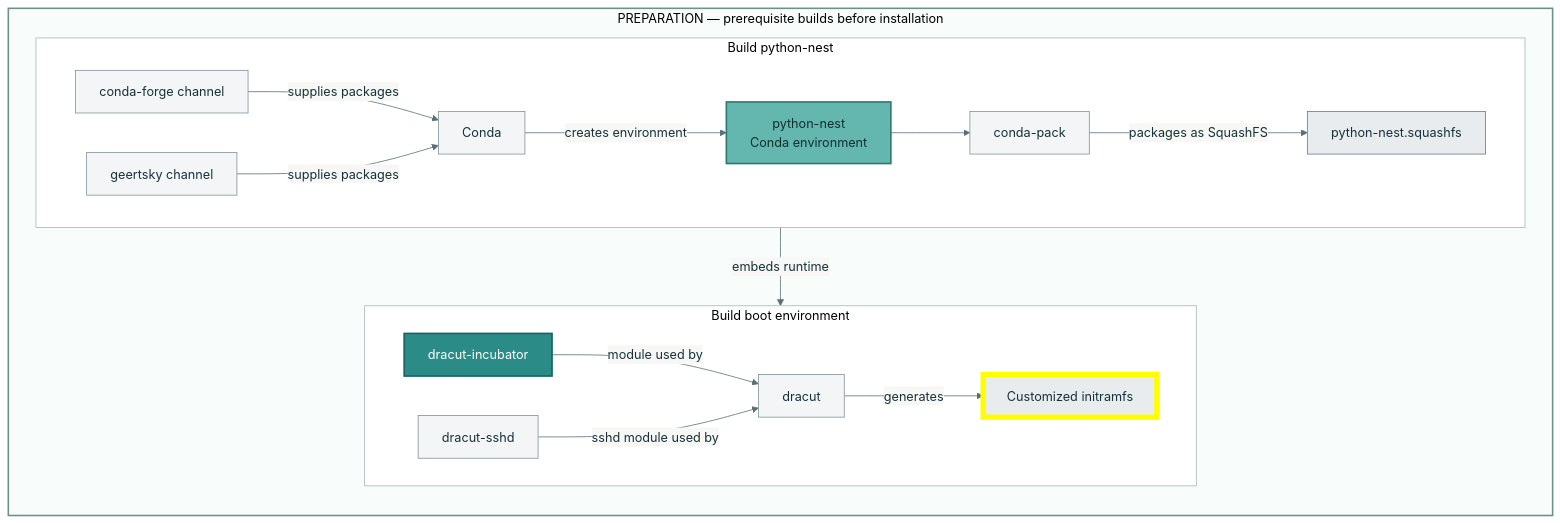
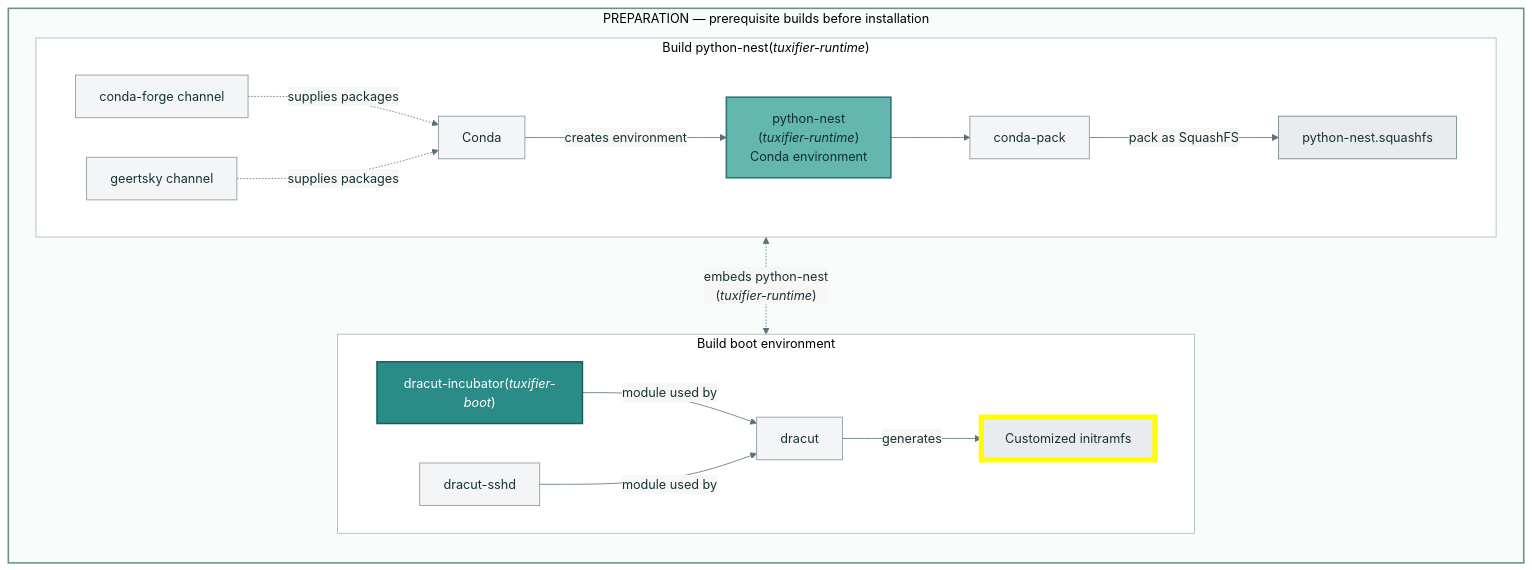
Before and after one commit to Geertsky/tuxifier-playbook: the first of 2 diagrams in docs/architecture.md, drawn with Mermaid. The commit also changed other lines of this file, not shown here.

Commit message:
Update architecture documentation for clarity

````diff
--- a/docs/architecture.md
+++ b/docs/architecture.md
@@ -47,69 +47,69 @@
 ```mermaid
 ---
 title:
 config:
   look: classic
   theme: base
   themeVariables:
     background: "#ffffff"
     primaryColor: "#f5f7f8"
     primaryTextColor: "#173238"
     primaryBorderColor: "#71878c"
     lineColor: "#587078"
 ---
 flowchart TB
   %% ==================== PREPARATION ====================
   subgraph PREP["PREPARATION — prerequisite builds before installation"]
     direction TB
 
-    subgraph PYBUILD["Build python-nest"]
+    subgraph PYBUILD["Build python-nest(<i>tuxifier-runtime</i>)"]
       direction LR
       CF["conda-forge channel"]:::support
       GC["geertsky channel"]:::support
       CONDA["Conda"]:::support
-      TPBUILD["python-nest<br/>Conda environment"]:::tuxpy
+      TPBUILD["python-nest<br/>(<i>tuxifier-runtime</i>)<br/>Conda environment"]:::tuxpy
       PACK["conda-pack"]:::support
       SQ["python-nest.squashfs"]:::artifact
 
-      CF -->|"supplies packages"| CONDA
-      GC -->|"supplies packages"| CONDA
+      CF -.->|"supplies packages"| CONDA
+      GC -.->|"supplies packages"| CONDA
       CONDA -->|"creates environment"| TPBUILD
       TPBUILD --> PACK
-      PACK -->|"packages as SquashFS"| SQ
+      PACK -->|"pack as SquashFS"| SQ
     end
 
     subgraph BOOTBUILD["Build boot environment"]
       direction LR
-      DTBUILD["dracut-incubator"]:::dracutTux
+      DTBUILD["dracut-incubator(<i>tuxifier-boot</i>)"]:::dracutTux
       SSHDBUILD["dracut-sshd"]:::support
       DRACUT["dracut"]:::support
       INIT["Customized initramfs"]:::custinitramfs
 
       DTBUILD -->|"module used by"| DRACUT
-      SSHDBUILD -->|"sshd module used by"| DRACUT
+      SSHDBUILD -->|"module used by"| DRACUT
       DRACUT -->|"generates"| INIT
     end
 
-    SQ -->|"embeds runtime"| DTBUILD
+    SQ <-.->|"embeds python-nest<br/>(<i>tuxifier-runtime</i>)"| DTBUILD
 
   end
 
   %% ==================== LINKS ====================
   click DTBUILD "https://github.com/Geertsky/dracut-incubator/blob/HEAD/94tuxifier/module-setup.sh" "dracut-incubator build integration" _blank
   click TPBUILD "https://github.com/Geertsky/python-nest/blob/HEAD/README.md" "python-nest build and runtime documentation" _blank
 
   %% ==================== STYLING ====================
   classDef tuxifier fill:#0F6F73,stroke:#084B4E,color:#FFFFFF,stroke-width:2px
   classDef dracutTux fill:#2B8C87,stroke:#17615E,color:#FFFFFF,stroke-width:2px
   classDef tuxpy fill:#63B7AE,stroke:#2C7771,color:#102F31,stroke-width:2px
   classDef support fill:#F3F5F6,stroke:#819297,color:#173238
   classDef artifact fill:#E8ECEE,stroke:#687C82,color:#173238
   classDef note fill:#FFFFFF,stroke:#87999E,color:#173238,stroke-dasharray:4 3
   classDef prepKey fill:#EEF5F4,stroke:#6B918D,color:#173238
   classDef installKey fill:#F4F5F6,stroke:#7A858A,color:#173238
   classDef custinitramfs fill:#E8ECEE,stroke:#FFFD00,stroke-width:5pt
 
   style PREP fill:#F8FCFB,stroke:#6B918D,stroke-width:2px
   style PYBUILD fill:#FFFFFF,stroke:#A6B8B6
   style BOOTBUILD fill:#FFFFFF,stroke:#A6B8B6
 ```
````
